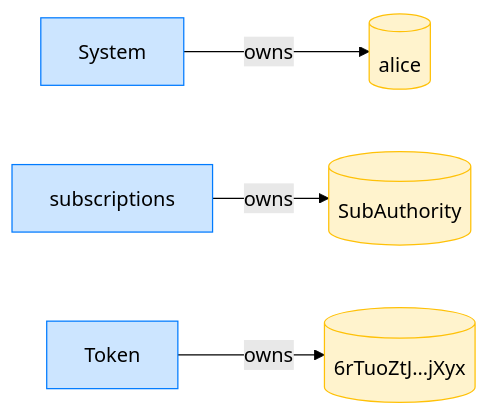
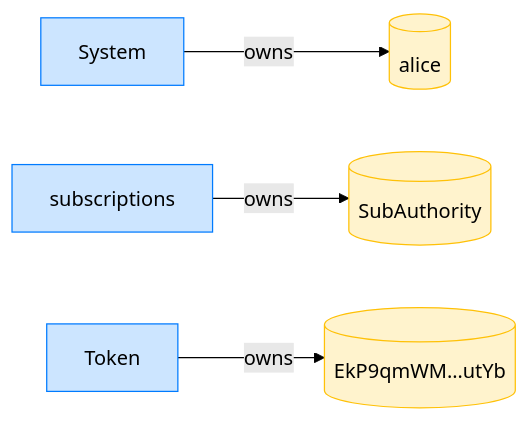
Before and after one commit to cds-rs/subscriptions: the fourth of 16 diagrams in dsl_tests/cancel-a-subscription--happy-path-.md, drawn with Mermaid (forest theme). The commit also changed other lines of this file and 224 other files, not shown here.

````diff
--- a/dsl_tests/cancel-a-subscription--happy-path-.md
+++ b/dsl_tests/cancel-a-subscription--happy-path-.md
@@ -73,14 +78,14 @@
 ```mermaid
 flowchart LR
     classDef owner fill:#cce5ff,stroke:#007bff;
     classDef account fill:#fff3cd,stroke:#ffc107;
     System[System]:::owner
     alice[(alice)]:::account
     subscriptions[subscriptions]:::owner
     SubAuthority[(SubAuthority)]:::account
     Token[Token]:::owner
-    6rTuoZtJ_jXyx[("6rTuoZtJ…jXyx")]:::account
+    EkP9qmWM_utYb[("EkP9qmWM…utYb")]:::account
     System -->|owns| alice
     subscriptions -->|owns| SubAuthority
-    Token -->|owns| 6rTuoZtJ_jXyx
+    Token -->|owns| EkP9qmWM_utYb
 ```
````
